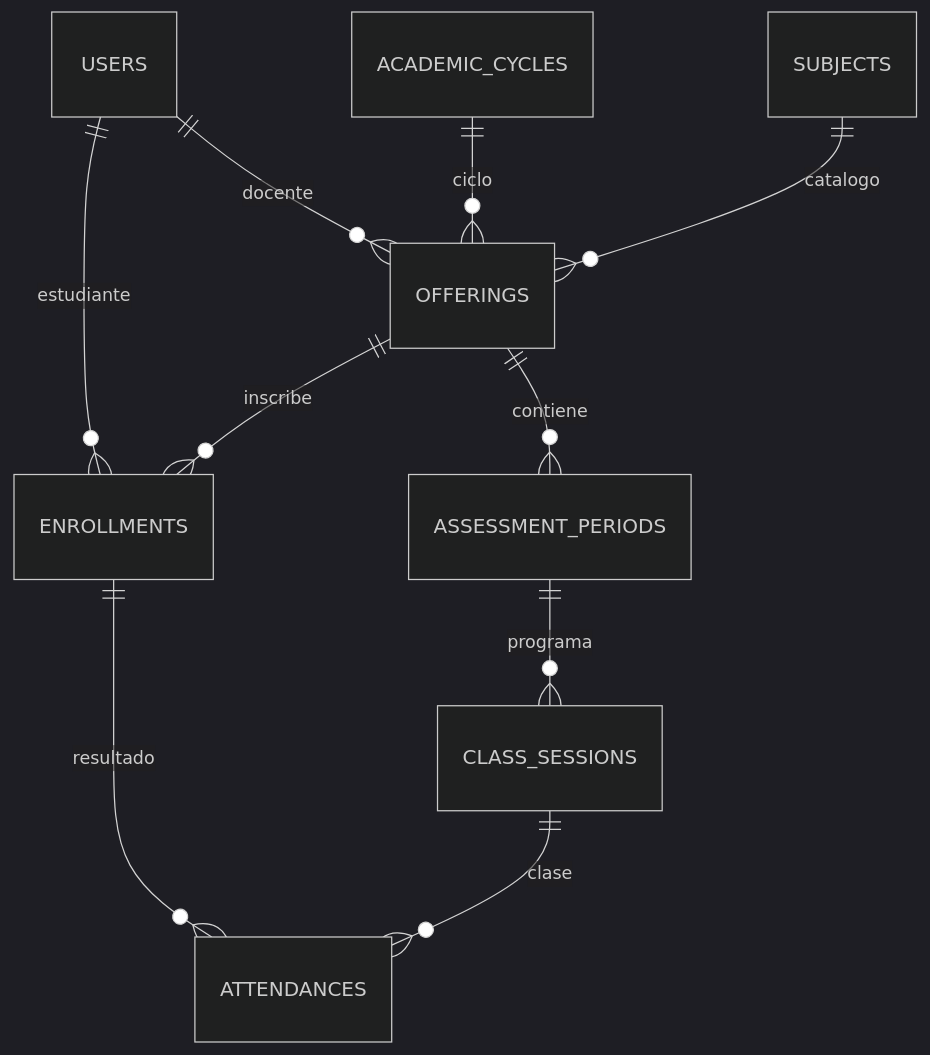
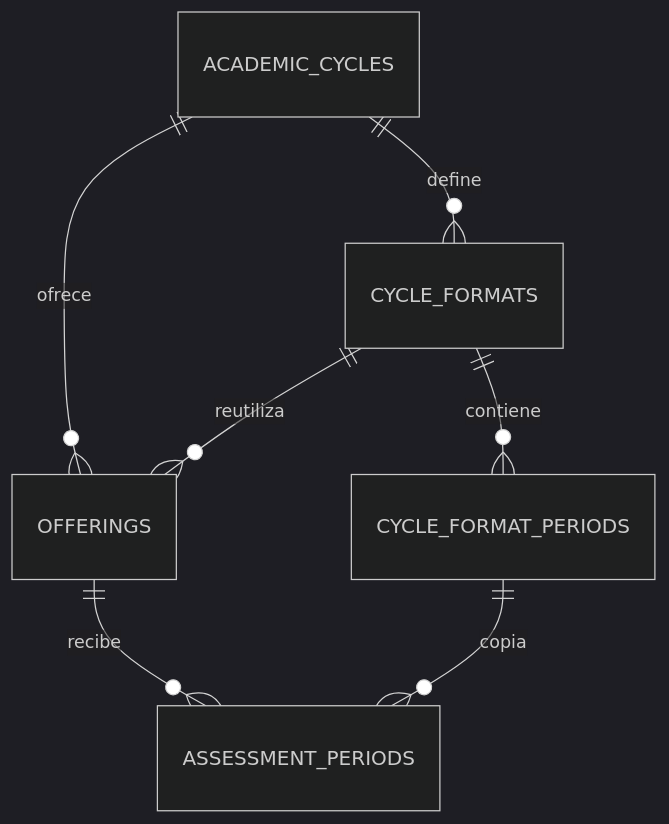
The diagram in docs/database.md (Josu1202/SmartAulaUES), drawn with Mermaid (dark theme) before and after one commit. The commit also changed other lines of this file and 145 other files, not shown here.

````diff
--- a/docs/database.md
+++ b/docs/database.md
@@ -27,12 +28,9 @@
 ```mermaid
 erDiagram
- USERS ||--o{ OFFERINGS : docente
- USERS ||--o{ ENROLLMENTS : estudiante
- ACADEMIC_CYCLES ||--o{ OFFERINGS : ciclo
- SUBJECTS ||--o{ OFFERINGS : catalogo
- OFFERINGS ||--o{ ENROLLMENTS : inscribe
- OFFERINGS ||--o{ ASSESSMENT_PERIODS : contiene
- ASSESSMENT_PERIODS ||--o{ CLASS_SESSIONS : programa
- ENROLLMENTS ||--o{ ATTENDANCES : resultado
- CLASS_SESSIONS ||--o{ ATTENDANCES : clase
+ ACADEMIC_CYCLES ||--o{ CYCLE_FORMATS : define
+ ACADEMIC_CYCLES ||--o{ OFFERINGS : ofrece
+ CYCLE_FORMATS ||--o{ CYCLE_FORMAT_PERIODS : contiene
+ CYCLE_FORMATS ||--o{ OFFERINGS : reutiliza
+ OFFERINGS ||--o{ ASSESSMENT_PERIODS : recibe
+ CYCLE_FORMAT_PERIODS ||--o{ ASSESSMENT_PERIODS : copia
 ```
````
